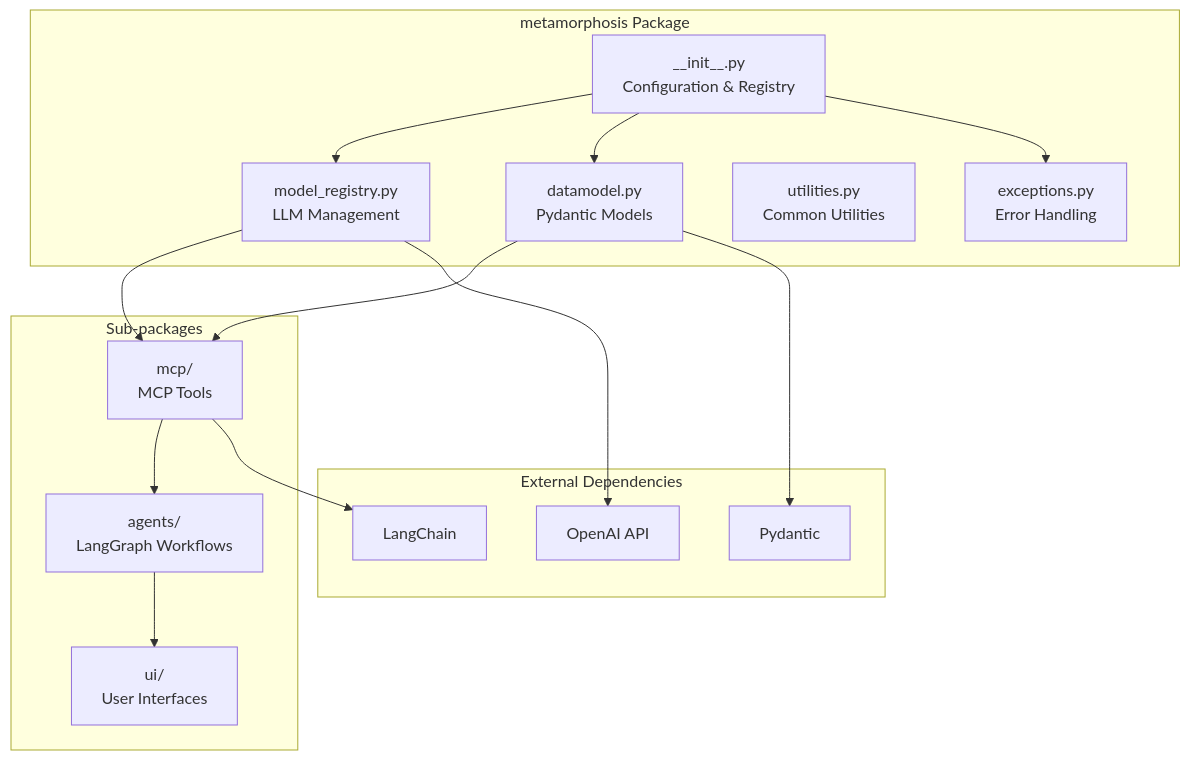
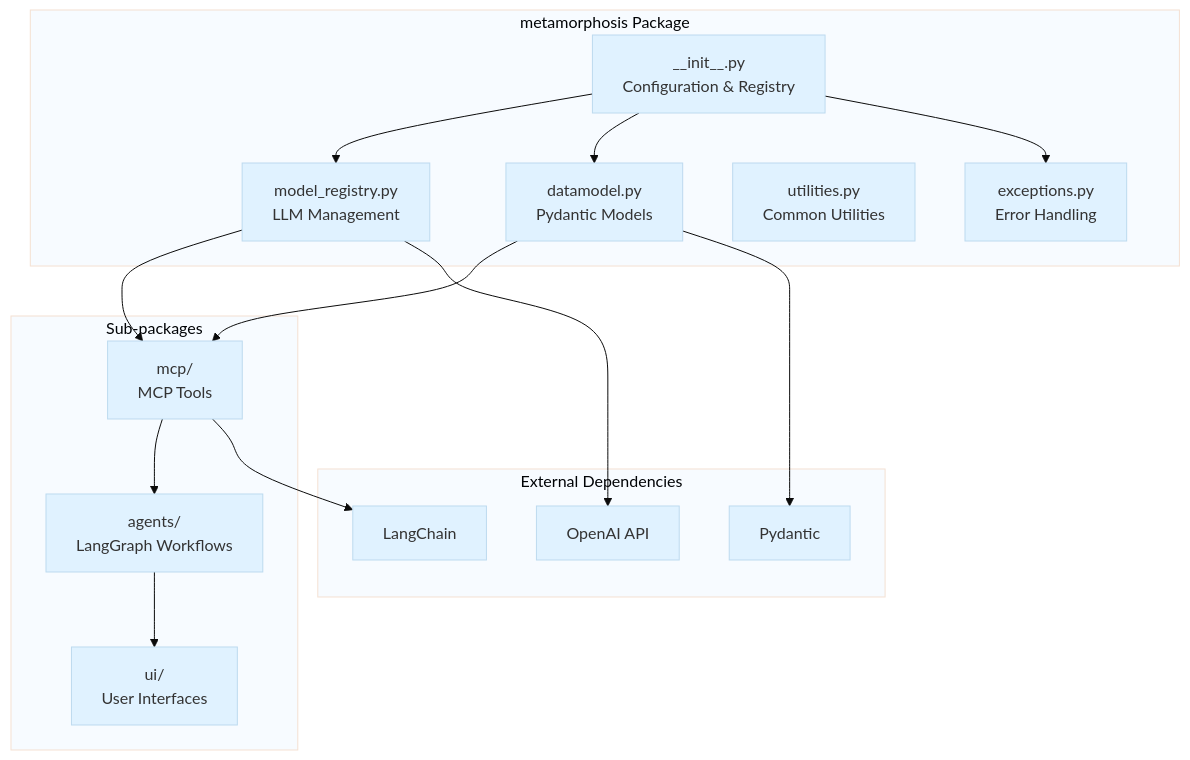
The diagram in docs/metamorphosis/index.md (supportvectors/metamorphosis), drawn with Mermaid before and after one commit. The commit also changed other lines of this file and 97 other files, not shown here.

````diff
--- a/docs/metamorphosis/index.md
+++ b/docs/metamorphosis/index.md
@@ -7,34 +7,35 @@
 ```mermaid
+%%{init: {'theme': 'base', 'themeVariables': { 'primaryColor': '#e0f2ff', 'edgeLabelBackground':'#ffffffaa', 'clusterBkg':'#f7fbff', 'fontFamily':'Inter'}}}%%
 graph TB
     subgraph "metamorphosis Package"
         A[__init__.py<br/>Configuration & Registry]
         B[datamodel.py<br/>Pydantic Models]
         C[exceptions.py<br/>Error Handling]
         D[utilities.py<br/>Common Utilities]
         E[model_registry.py<br/>LLM Management]
     end
     
     subgraph "Sub-packages"
         F[mcp/<br/>MCP Tools]
         G[agents/<br/>LangGraph Workflows]
         H[ui/<br/>User Interfaces]
     end
     
     A --> E
     A --> B
     A --> C
     B --> F
     E --> F
     F --> G
     G --> H
     
     subgraph "External Dependencies"
         I[OpenAI API]
         J[LangChain]
         K[Pydantic]
     end
     
     E --> I
     F --> J
     B --> K
 ```
````
